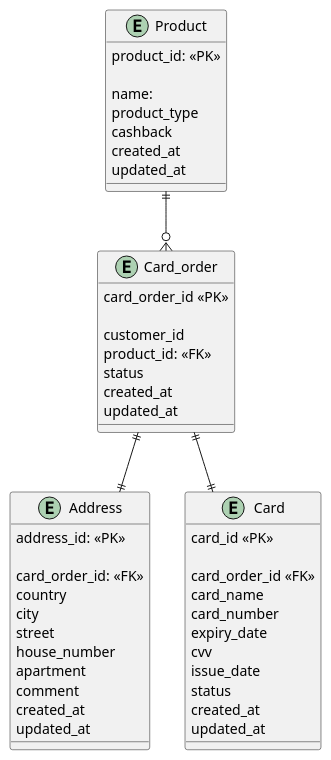
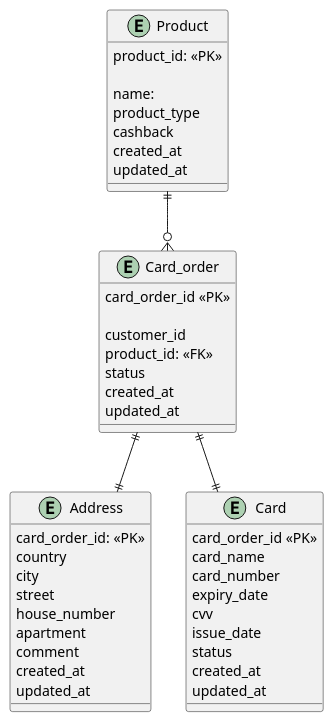
Before and after one commit to GimatutdinovaL/srs: the diagram in PostgreSQL.puml, drawn with PlantUML.

```diff
--- a/PostgreSQL.puml
+++ b/PostgreSQL.puml
@@ -1,59 +1,57 @@
 @startuml  
 
 entity Card_order
 {  
 card_order_id <<PK>> 
 
 customer_id
 product_id: <<FK>> 
 status
 created_at
 updated_at
 } 
 
 entity Address 
 {
-address_id: <<PK>> 
 
-card_order_id: <<FK>> 
+card_order_id: <<PK>> 
 country
 city
 street
 house_number
 apartment
 comment
 created_at
 updated_at
 }
 
 entity Product
 {
 product_id: <<PK>> 
 
 name:
 product_type
 cashback
 created_at
 updated_at
 }
 
 entity Card
 {
-card_id <<PK>> 
 
-card_order_id <<FK>> 
+card_order_id <<PK>> 
 card_name
 card_number
 expiry_date
 cvv
 issue_date
 status
 created_at
 updated_at
 }
 
 Card_order ||--|| Address
 Product ||--o{ Card_order
 Card_order ||--|| Card
 
 @enduml
```
